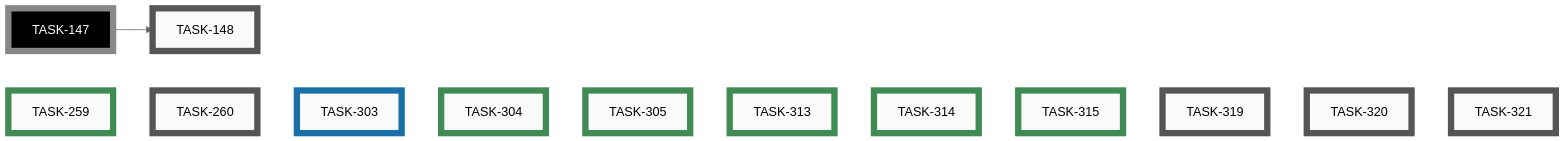
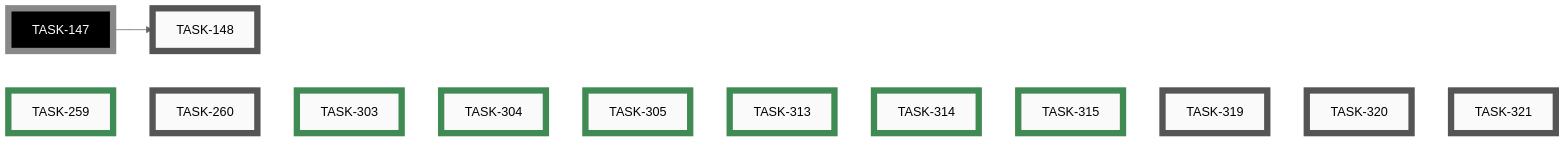
Before and after one commit to tgd1975/AwesomeStudioPedal: the seventh of 7 diagrams in docs/developers/tasks/EPICS.md, drawn with Mermaid (neutral theme). The commit also changed other lines of this file and 3 other files, not shown here.

Commit message:
close TASK-303: Simulator boots with demo profiles loaded; community gallery still reachable

````diff
--- a/docs/developers/tasks/EPICS.md
+++ b/docs/developers/tasks/EPICS.md
@@ -242,38 +242,38 @@
 ```mermaid
 graph LR
     TASK_148["TASK-148"]:::open
     TASK_260["TASK-260"]:::open
     TASK_319["TASK-319"]:::open
     TASK_320["TASK-320"]:::open
     TASK_321["TASK-321"]:::open
-    TASK_303["TASK-303"]:::active
     TASK_259["TASK-259"]:::closed
+    TASK_303["TASK-303"]:::closed
     TASK_304["TASK-304"]:::closed
     TASK_305["TASK-305"]:::closed
     TASK_313["TASK-313"]:::closed
     TASK_314["TASK-314"]:::closed
     TASK_315["TASK-315"]:::closed
     TASK_147["TASK-147"]:::openExt
     TASK_147 --> TASK_148
     TASK_259 ~~~ TASK_260 ~~~ TASK_303 ~~~ TASK_304 ~~~ TASK_305 ~~~ TASK_313 ~~~ TASK_314 ~~~ TASK_315 ~~~ TASK_319 ~~~ TASK_320 ~~~ TASK_321
     click TASK_148 "open/task-148-reorganise-developer-documentation.md"
     click TASK_260 "open/task-260-unify-version-numbers-across-deliverables.md"
     click TASK_319 "open/task-319-remove-wireviz-precommit-block.md"
     click TASK_320 "open/task-320-remove-ble-flag-precommit-check.md"
     click TASK_321 "open/task-321-fix-ci-failures-mermaid-clang-tidy.md"
-    click TASK_303 "active/task-303-simulator-boots-with-demo-loaded.md"
     click TASK_259 "closed/task-259-android-app-test-protocol.md"
+    click TASK_303 "closed/task-303-simulator-boots-with-demo-loaded.md"
     click TASK_304 "closed/task-304-simulator-button-no-hover-reaction.md"
     click TASK_305 "closed/task-305-add-category-field-to-ideas.md"
     click TASK_313 "closed/task-313-emoji-icons-for-idea-categories.md"
     click TASK_314 "closed/task-314-nbsp-between-icon-and-category.md"
     click TASK_315 "closed/task-315-idea-sub-file-naming-convention.md"
     classDef open    fill:#FAFAFA,stroke:#555,stroke-width:8px,color:#000
     classDef active  fill:#FAFAFA,stroke:#1A6FA8,stroke-width:8px,color:#000
     classDef closed  fill:#FAFAFA,stroke:#3F8B53,stroke-width:8px,color:#000
     classDef paused  fill:#FAFAFA,stroke:#B07810,stroke-width:8px,color:#000
     classDef openExt    fill:#000,stroke:#888,stroke-width:8px,color:#FFF
     classDef activeExt  fill:#000,stroke:#3FA9F5,stroke-width:8px,color:#FFF
     classDef closedExt  fill:#000,stroke:#7CC68A,stroke-width:8px,color:#FFF
     classDef pausedExt  fill:#000,stroke:#F0B030,stroke-width:8px,color:#FFF
 ```
````
